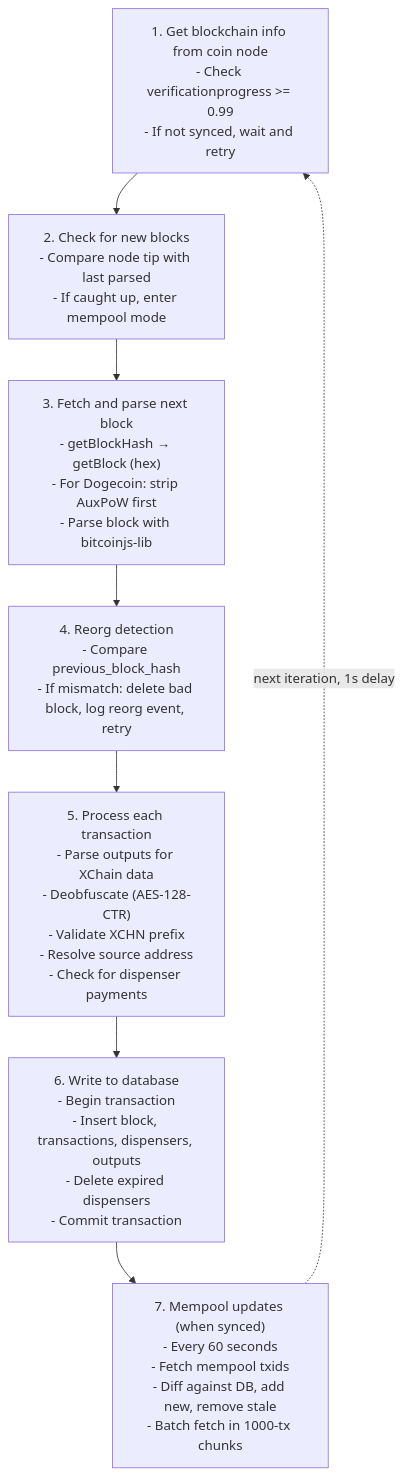
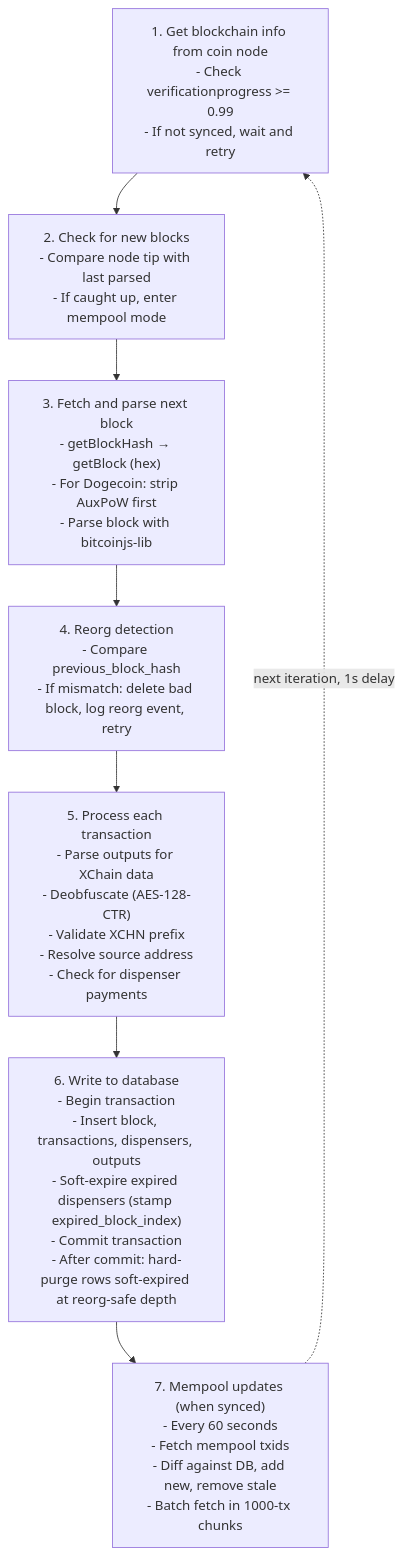
Before and after one commit to XChain-Platform/xchain-documentation: the third of 5 diagrams in components/decoder/architecture.md, drawn with Mermaid. The commit also changed other lines of this file and 101 other files, not shown here.

````diff
--- a/components/decoder/architecture.md
+++ b/components/decoder/architecture.md
@@ -67,13 +67,13 @@
 ```mermaid
 flowchart TD
     S1["1. Get blockchain info from coin node<br>- Check verificationprogress >= 0.99<br>- If not synced, wait and retry"]
     S2["2. Check for new blocks<br>- Compare node tip with last parsed<br>- If caught up, enter mempool mode"]
     S3["3. Fetch and parse next block<br>- getBlockHash → getBlock (hex)<br>- For Dogecoin: strip AuxPoW first<br>- Parse block with bitcoinjs-lib"]
     S4["4. Reorg detection<br>- Compare previous_block_hash<br>- If mismatch: delete bad block, log reorg event, retry"]
     S5["5. Process each transaction<br>- Parse outputs for XChain data<br>- Deobfuscate (AES-128-CTR)<br>- Validate XCHN prefix<br>- Resolve source address<br>- Check for dispenser payments"]
-    S6["6. Write to database<br>- Begin transaction<br>- Insert block, transactions, dispensers, outputs<br>- Delete expired dispensers<br>- Commit transaction"]
+    S6["6. Write to database<br>- Begin transaction<br>- Insert block, transactions, dispensers, outputs<br>- Soft-expire expired dispensers (stamp expired_block_index)<br>- Commit transaction<br>- After commit: hard-purge rows soft-expired at reorg-safe depth"]
     S7["7. Mempool updates (when synced)<br>- Every 60 seconds<br>- Fetch mempool txids<br>- Diff against DB, add new, remove stale<br>- Batch fetch in 1000-tx chunks"]
 
     S1 --> S2 --> S3 --> S4 --> S5 --> S6 --> S7
     S7 -.->|"next iteration, 1s delay"| S1
 ```
````
